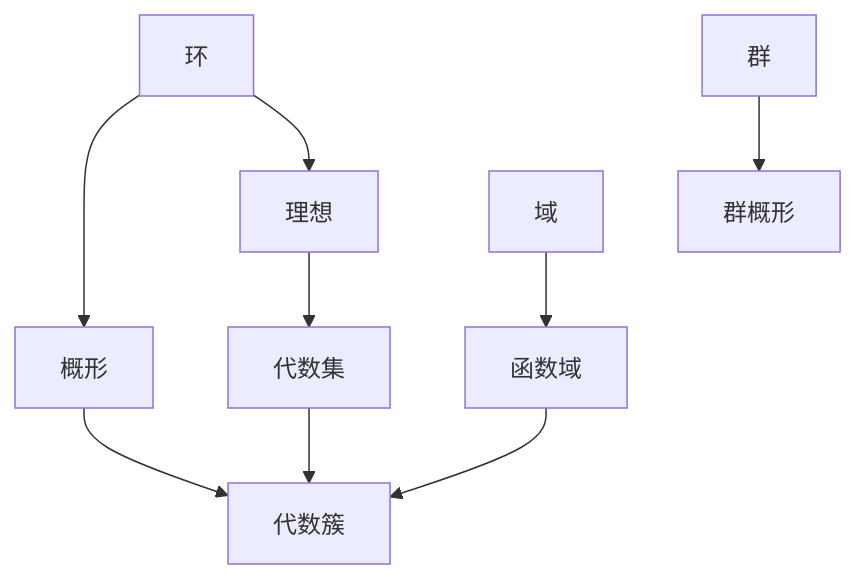
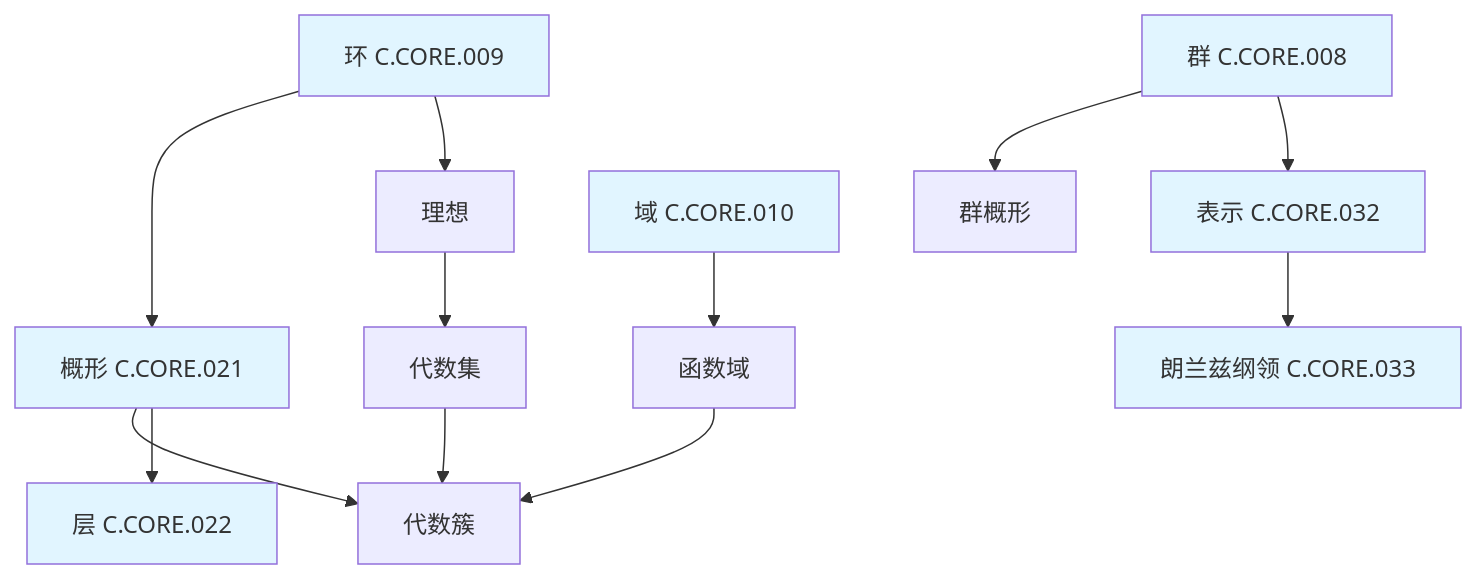
Diagram 20 of 22 in concept/05-知识关联网络/01-概念级关联网络.md (AdaMartin18010/FormalMath), drawn with Mermaid before and after one commit. The commit also changed other lines of this file and 45 other files, not shown here.

````diff
--- a/concept/05-知识关联网络/01-概念级关联网络.md
+++ b/concept/05-知识关联网络/01-概念级关联网络.md
@@ -478,11 +674,22 @@
 ```mermaid
 graph TD
-    A[环] --> B[概形]
+    A[环 C.CORE.009] --> B[概形 C.CORE.021]
     B --> C[代数簇]
-    A --> D[理想]
-    D --> E[代数集]
-    E --> C
-    F[群] --> G[群概形]
-    H[域] --> I[函数域]
-    I --> C
+    B --> D[层 C.CORE.022]
+    A --> E[理想]
+    E --> F[代数集]
+    F --> C
+    G[群 C.CORE.008] --> H[群概形]
+    I[域 C.CORE.010] --> J[函数域]
+    J --> C
+    G --> K[表示 C.CORE.032]
+    K --> L[朗兰兹纲领 C.CORE.033]
+
+    style A fill:#e1f5ff
+    style B fill:#e1f5ff
+    style D fill:#e1f5ff
+    style G fill:#e1f5ff
+    style I fill:#e1f5ff
+    style K fill:#e1f5ff
+    style L fill:#e1f5ff
 ```
````
